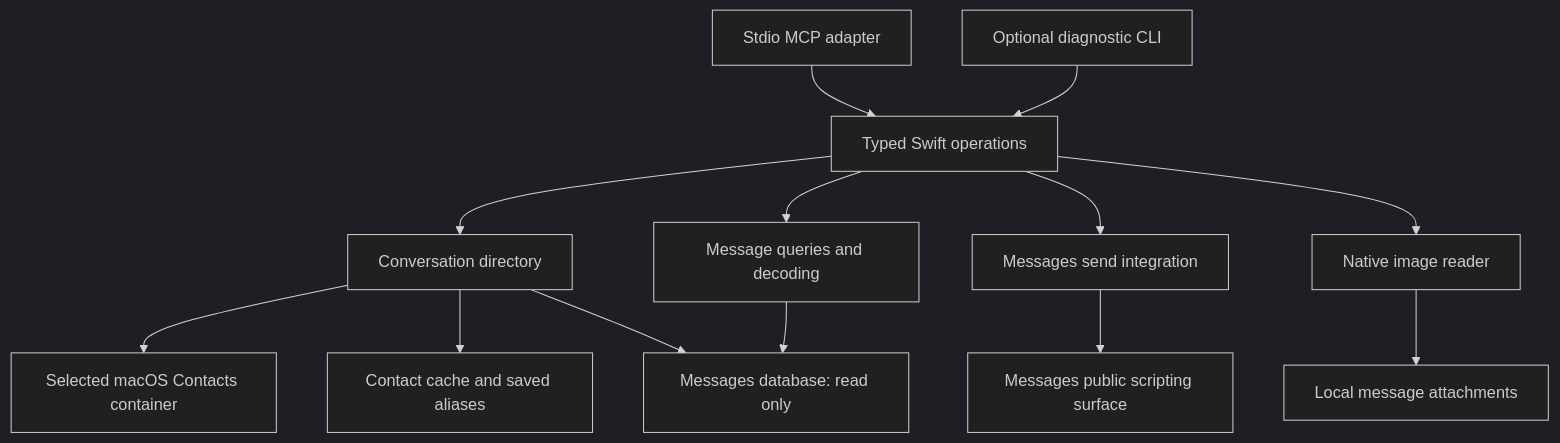
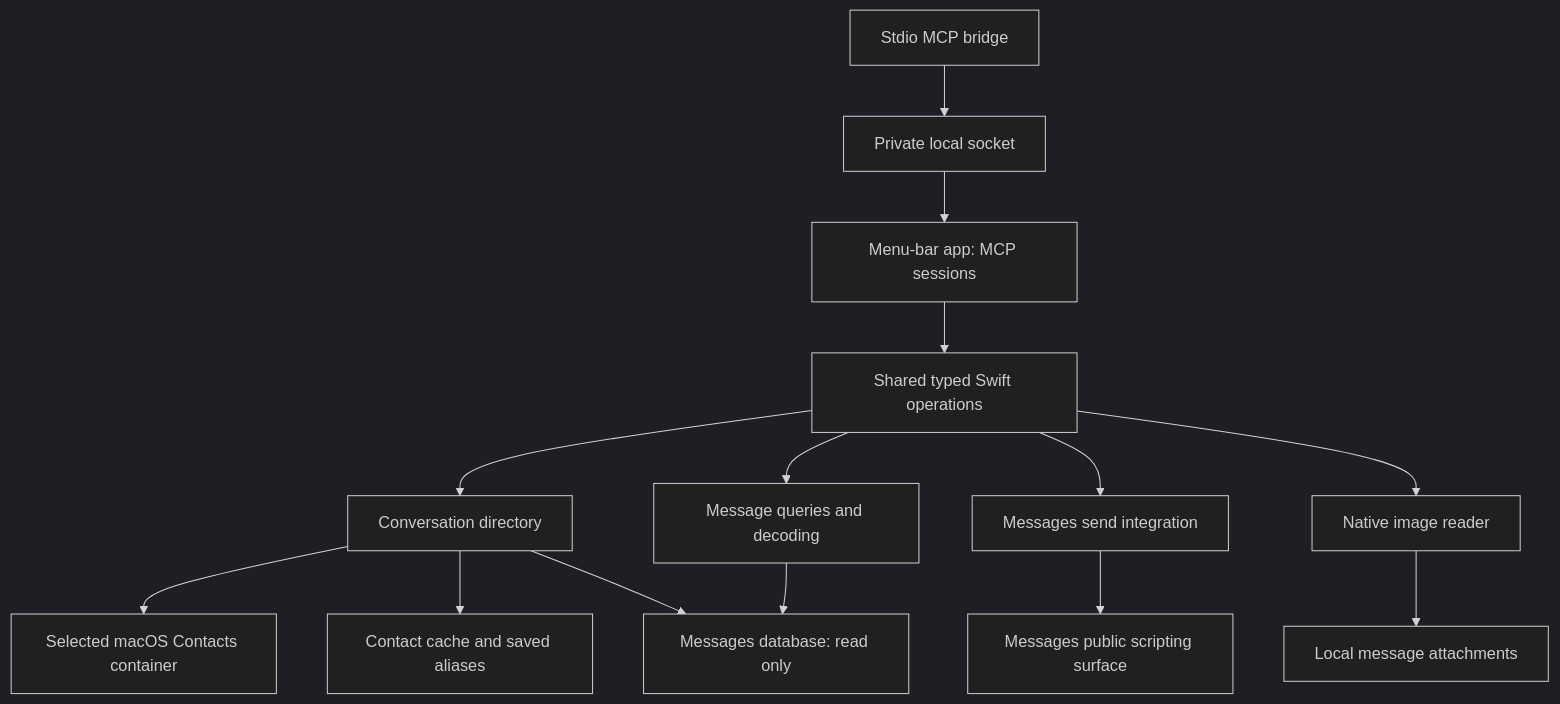
Before and after one commit to ericfeunekes/messages-swift: the diagram in docs/architecture.md, drawn with Mermaid (dark theme). The commit also changed other lines of this file and 16 other files, not shown here.

Commit message:
Host shared Messages operations in the menu app with a local MCP bridge

````diff
--- a/docs/architecture.md
+++ b/docs/architecture.md
@@ -7,15 +7,16 @@
 ```mermaid
 flowchart TD
-    MCP[Stdio MCP adapter] --> Operations[Typed Swift operations]
-    CLI[Optional diagnostic CLI] --> Operations
+    MCP[Stdio MCP bridge] --> Socket[Private local socket]
+    Socket --> App[Menu-bar app: MCP sessions]
+    App --> Operations[Shared typed Swift operations]
     Operations --> Directory[Conversation directory]
     Operations --> History[Message queries and decoding]
     Operations --> Send[Messages send integration]
     Operations --> Images[Native image reader]
     Directory --> Contacts[Selected macOS Contacts container]
     Directory --> State[Contact cache and saved aliases]
     Directory --> DB[Messages database: read only]
     History --> DB
     Images --> Files[Local message attachments]
     Send --> Scripting[Messages public scripting surface]
 ```
````
